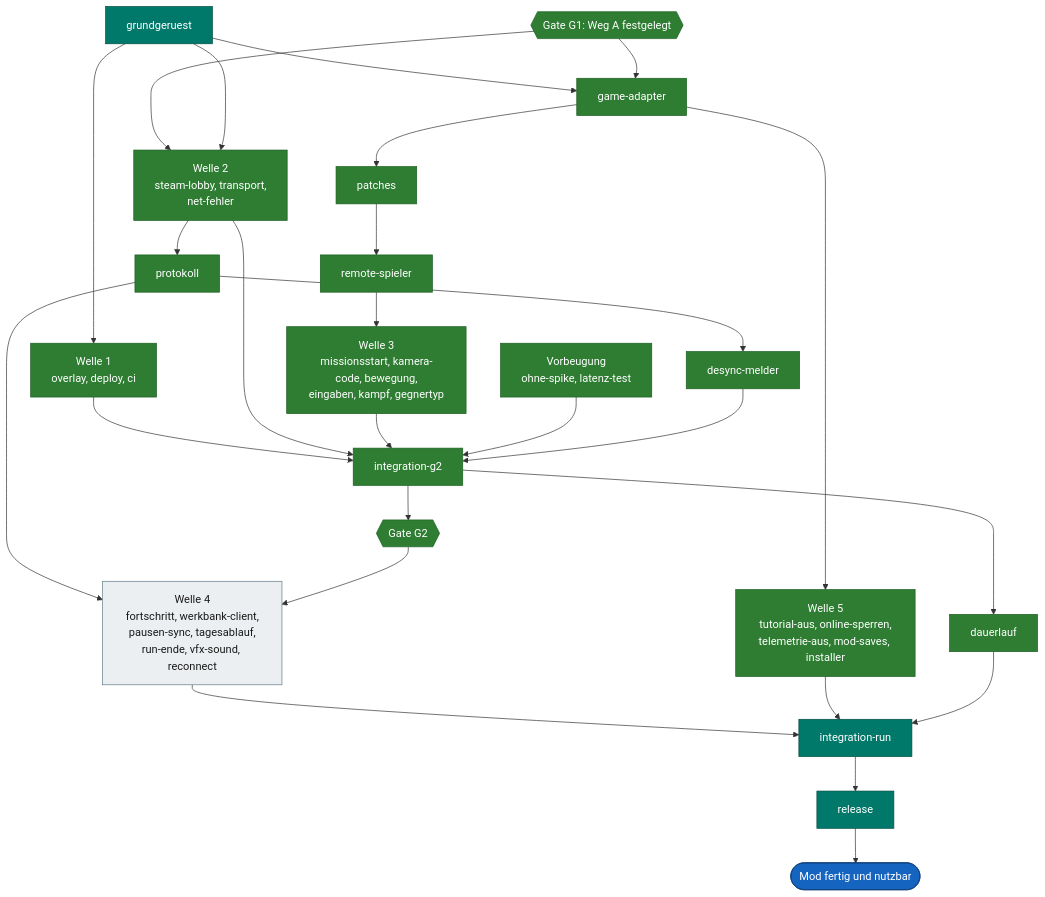
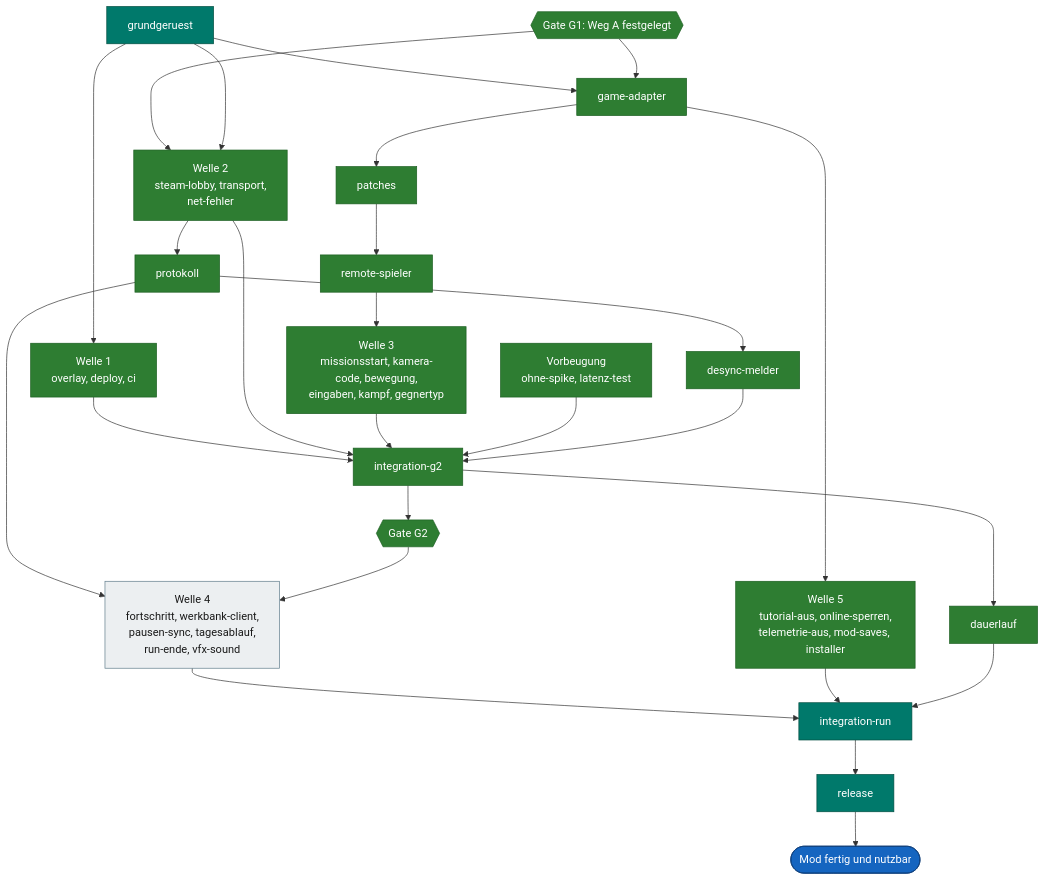
Before and after one commit to VitaminStack/Deadly-Days-Roadtrip-Multiplayer-Mod: the fourth of 4 diagrams in docs/ROADMAP.md, drawn with Mermaid. The commit also changed 3 other files, not shown here.

First line of the commit message:
reconnect optional, vfx-sound erst live klären (#196)

````diff
--- a/docs/ROADMAP.md
+++ b/docs/ROADMAP.md
@@ -330,31 +330,31 @@
 ```mermaid
 flowchart TD
     GR["grundgeruest"]:::central --> W1["Welle 1<br/>overlay, deploy, ci"]:::done
     GR --> GA["game-adapter"]:::done
     G1{{"Gate G1: Weg A festgelegt"}}:::done --> W2["Welle 2<br/>steam-lobby, transport,<br/>net-fehler"]:::done
     GR --> W2
     G1 --> GA
     GA --> PT["patches"]:::done --> RS["remote-spieler"]:::done
     GA --> W5["Welle 5<br/>tutorial-aus, online-sperren,<br/>telemetrie-aus, mod-saves, installer"]:::done
     RS --> W3["Welle 3<br/>missionsstart, kamera-code, bewegung,<br/>eingaben, kampf, gegnertyp"]:::done
     W1 --> IG["integration-g2"]:::done
     W2 --> PR["protokoll"]:::done
     W2 --> IG
     W3 --> IG
     IG --> G2{{"Gate G2"}}:::done
-    PR --> W4["Welle 4<br/>fortschritt, werkbank-client,<br/>pausen-sync, tagesablauf,<br/>run-ende, vfx-sound, reconnect"]:::open
+    PR --> W4["Welle 4<br/>fortschritt, werkbank-client,<br/>pausen-sync, tagesablauf,<br/>run-ende, vfx-sound"]:::open
     G2 --> W4
     W4 --> IR["integration-run"]:::central
     W5 --> IR
     RV["Vorbeugung<br/>ohne-spike, latenz-test"]:::done --> IG
     PR --> DS["desync-melder"]:::done --> IG
     IG --> DL["dauerlauf"]:::done --> IR
     IR --> RL["release"]:::central
     RL --> Z(["Mod fertig und nutzbar"]):::goal
 
     classDef done fill:#2e7d32,stroke:#1b5e20,color:#ffffff
     classDef central fill:#00796b,stroke:#004d40,color:#ffffff
     classDef open fill:#eceff1,stroke:#607d8b,color:#1a1a1a
     classDef gate fill:#6a1b9a,stroke:#3e1163,color:#ffffff
     classDef goal fill:#1565c0,stroke:#0d3c78,color:#ffffff
 ```
````
